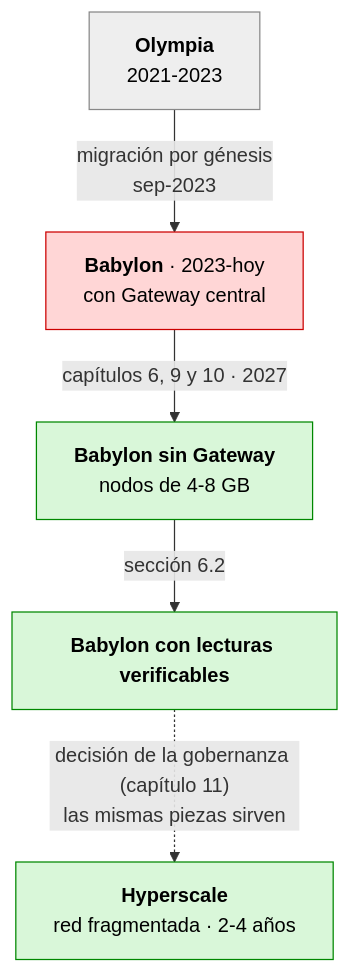
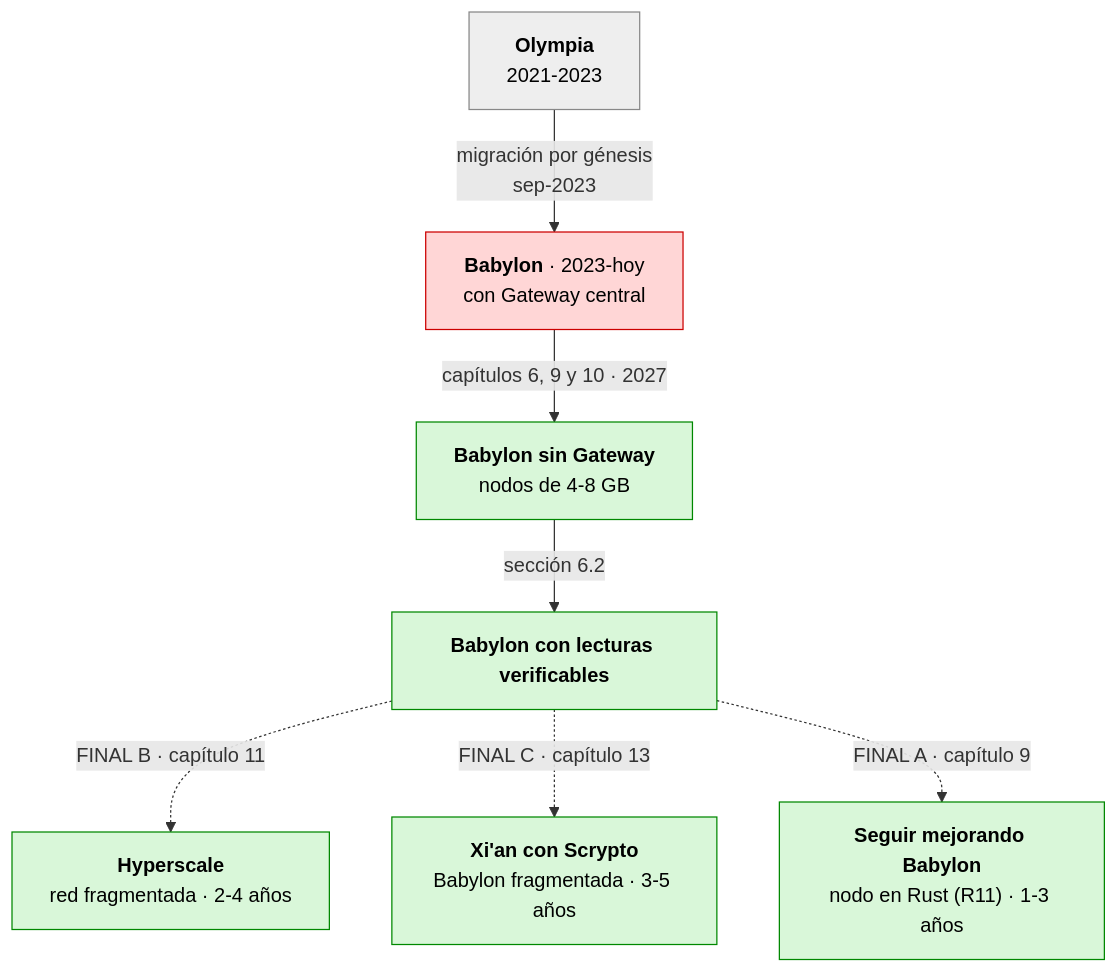
One commit to dazligth/radix-decentralization-roadmap changed the fifth of 6 diagrams in README.es.md. Above: the diagram before and after it, drawn with Mermaid. The commit also changed other lines of this file and 32 other files, not shown here.

First line of the commit message:
Add chapter 13, decentralised history, detailed roadmap and review fixes

````diff
--- a/README.es.md
+++ b/README.es.md
@@ -336,13 +360,15 @@
 ```mermaid
 flowchart TB
     O["<b>Olympia</b><br/>2021-2023"] -->|"migración por génesis<br/>sep-2023"| B["<b>Babylon</b> · 2023-hoy<br/>con Gateway central"]
     B -->|"capítulos 6, 9 y 10 · 2027"| BS["<b>Babylon sin Gateway</b><br/>nodos de 4-8 GB"]
     BS -->|"sección 6.2"| BV["<b>Babylon con lecturas verificables</b>"]
-    BV -.->|"decisión de la gobernanza (capítulo 11)<br/>las mismas piezas sirven"| H["<b>Hyperscale</b><br/>red fragmentada · 2-4 años"]
+    BV -.->|"FINAL B · capítulo 11"| H["<b>Hyperscale</b><br/>red fragmentada · 2-4 años"]
     classDef old fill:#eeeeee,stroke:#888,color:#000
     classDef bad fill:#ffd6d6,stroke:#c00,color:#000
     classDef good fill:#d9f7d9,stroke:#080,color:#000
     class O old
     class B bad
-    class BS,BV,H good
+    BV -.->|"FINAL C · capítulo 13"| X["<b>Xi'an con Scrypto</b><br/>Babylon fragmentada · 3-5 años"]
+    BV -.->|"FINAL A · capítulo 9"| A["<b>Seguir mejorando Babylon</b><br/>nodo en Rust (R11) · 1-3 años"]
+    class BS,BV,H,X,A good
 ```
````
